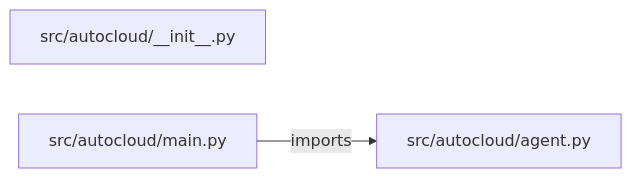
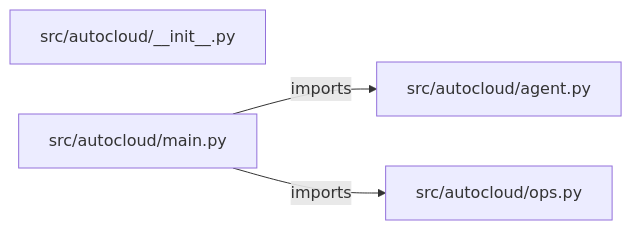
Before and after one commit to iarsingh/autonomous-cloud-operations-platform: the diagram in PROJECT_ARCHITECTURE.md, drawn with Mermaid. The commit also changed other lines of this file and 2 other files, not shown here.

Commit message:
Refresh architecture and interview guides from current implementation

````diff
--- a/PROJECT_ARCHITECTURE.md
+++ b/PROJECT_ARCHITECTURE.md
@@ -13,7 +13,9 @@
 ```mermaid
 flowchart LR
     M0["src/autocloud/__init__.py"]
     M1["src/autocloud/agent.py"]
     M2["src/autocloud/main.py"]
+    M3["src/autocloud/ops.py"]
     M2 -->|imports| M1
+    M2 -->|imports| M3
 ```
````
